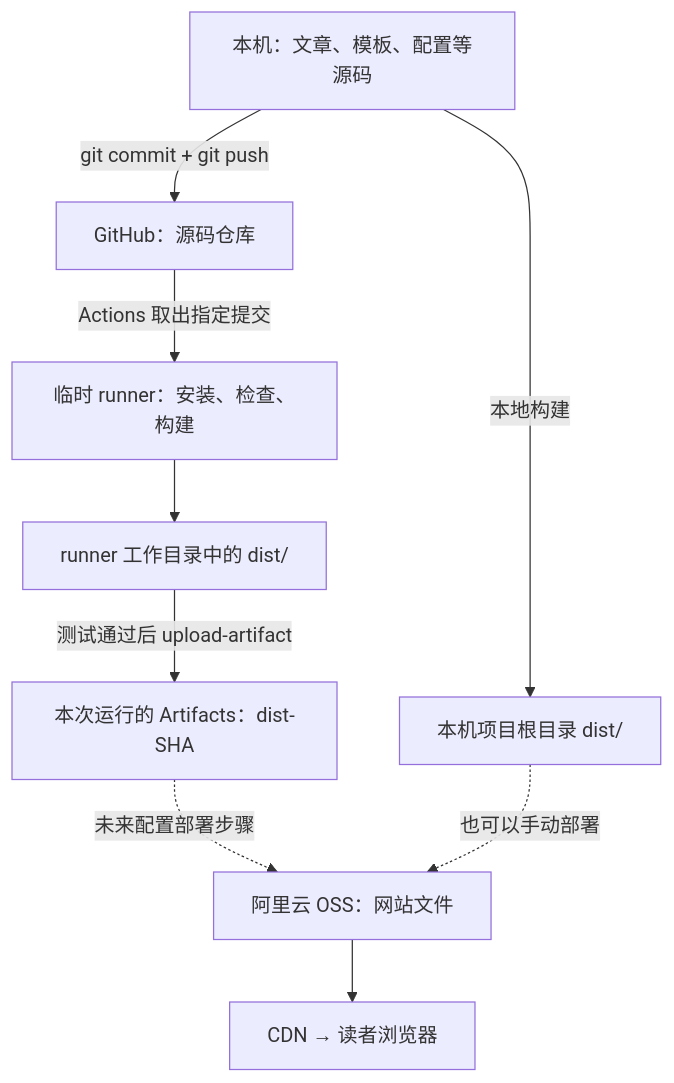
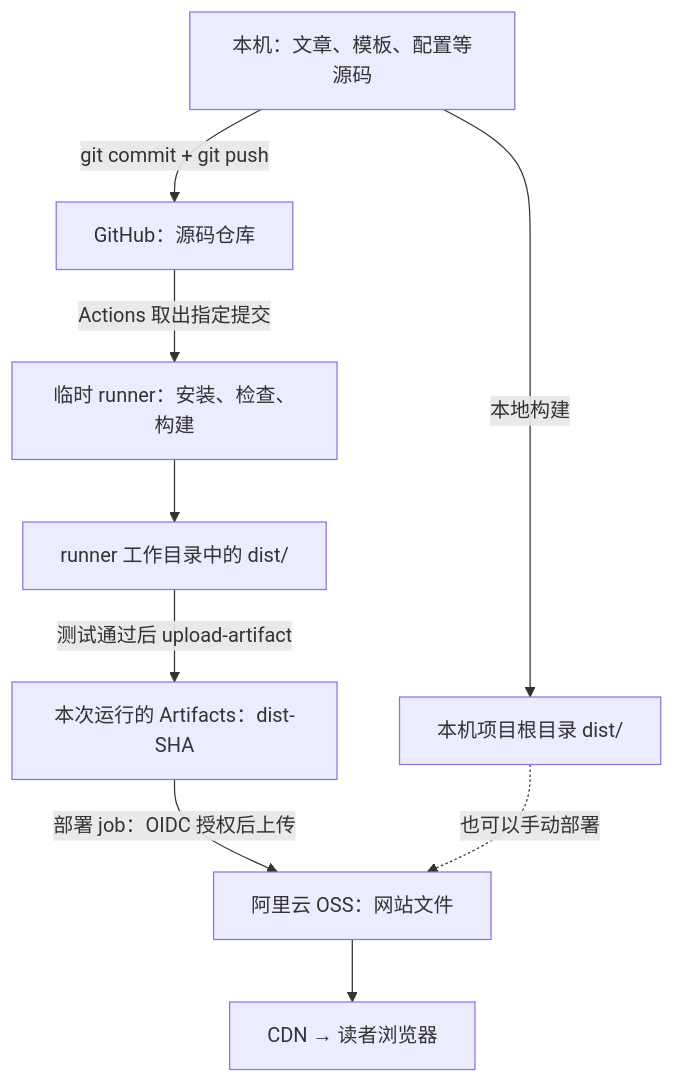
The diagram in docs/BUILD_AND_DEPLOY_EXPLAINED.md (Nanoka42/nnk-blog), drawn with Mermaid before and after one commit. The commit also changed other lines of this file and 5 other files, not shown here.

````diff
--- a/docs/BUILD_AND_DEPLOY_EXPLAINED.md
+++ b/docs/BUILD_AND_DEPLOY_EXPLAINED.md
@@ -242,11 +254,11 @@
 ```mermaid
 flowchart TD
     S["本机：文章、模板、配置等源码"] -->|"本地构建"| L["本机项目根目录 dist/"]
     S -->|"git commit + git push"| R["GitHub：源码仓库"]
     R -->|"Actions 取出指定提交"| C["临时 runner：安装、检查、构建"]
     C --> T["runner 工作目录中的 dist/"]
     T -->|"测试通过后 upload-artifact"| A["本次运行的 Artifacts：dist-SHA"]
-    A -.->|"未来配置部署步骤"| O["阿里云 OSS：网站文件"]
+    A -->|"部署 job：OIDC 授权后上传"| O["阿里云 OSS：网站文件"]
     L -.->|"也可以手动部署"| O
     O --> D["CDN → 读者浏览器"]
 ```
````
